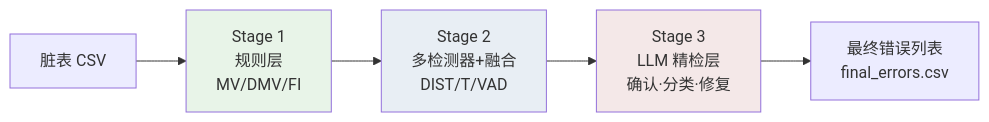
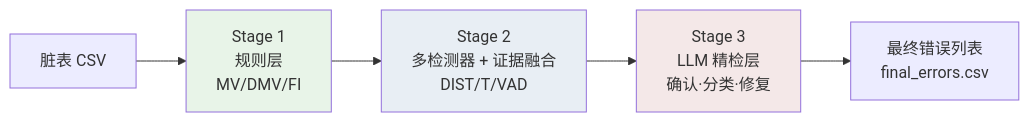
Before and after one commit to 1993371829/error_detect: the first of 5 diagrams in PIPELINE.md, drawn with Mermaid. The commit also changed other lines of this file, not shown here.

````diff
--- a/PIPELINE.md
+++ b/PIPELINE.md
@@ -38,11 +31,11 @@
 ```mermaid
 flowchart LR
     IN["脏表 CSV"] --> S1["Stage 1<br/>规则层<br/>MV/DMV/FI"]
-    S1 --> S2["Stage 2<br/>多检测器+融合<br/>DIST/T/VAD"]
+    S1 --> S2["Stage 2<br/>多检测器 + 证据融合<br/>DIST/T/VAD"]
     S2 --> S3["Stage 3<br/>LLM 精检层<br/>确认·分类·修复"]
     S3 --> OUT["最终错误列表<br/>final_errors.csv"]
 
     style S1 fill:#e8f4e8
     style S2 fill:#e8eef4
     style S3 fill:#f4e8e8
 ```
````
